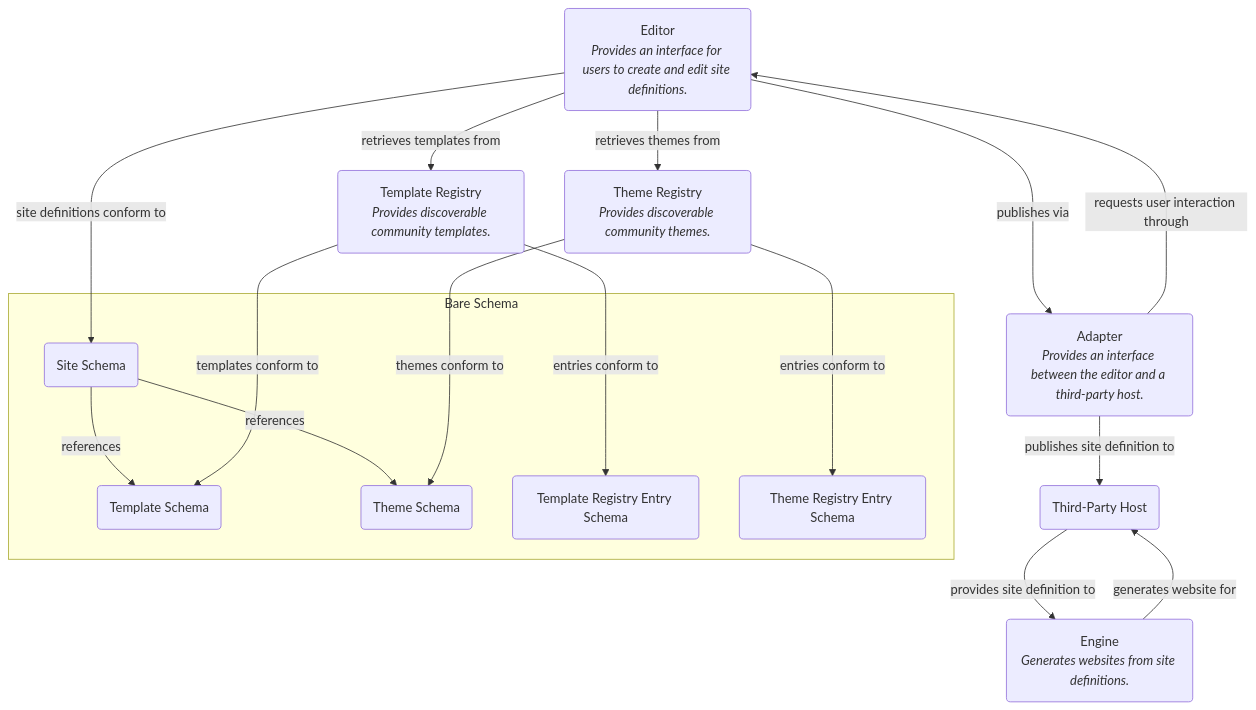
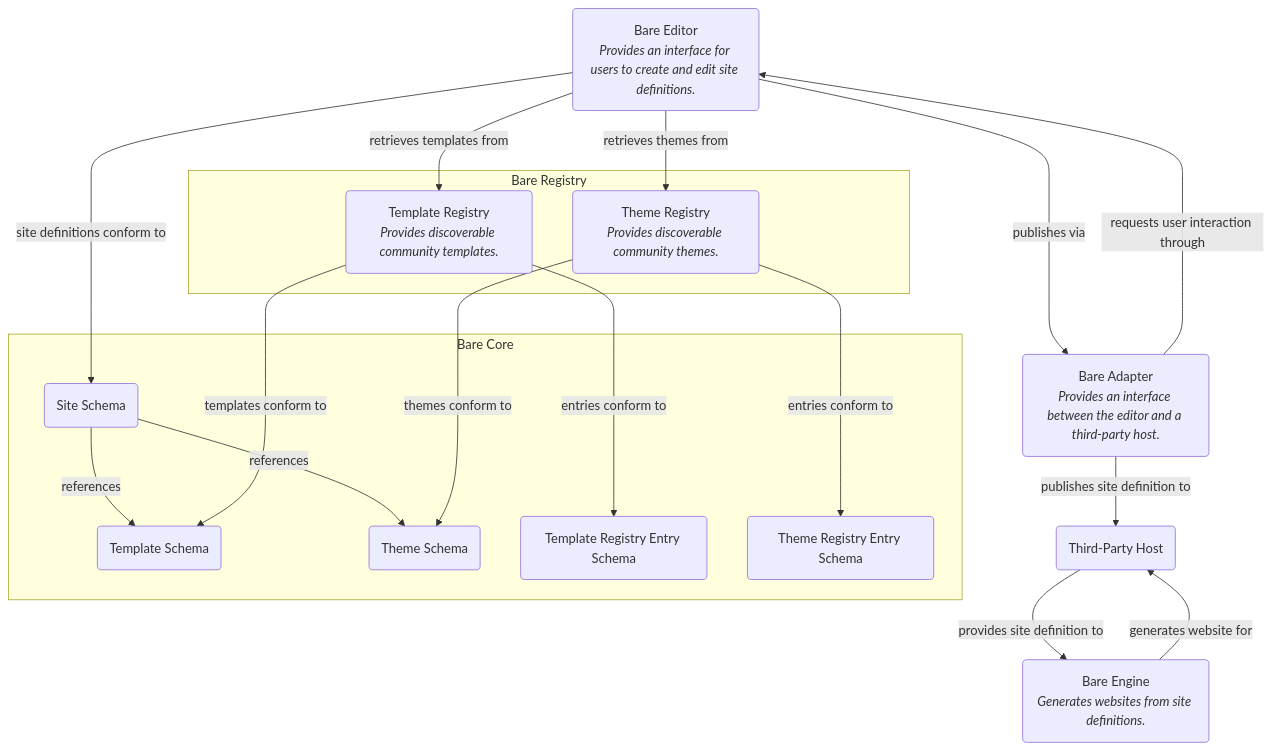
One commit to c4mpbellsoup/bare-core changed the diagram in docs/architecture.md. Above: the diagram before and after it, drawn with Mermaid. The commit also changed 20 other files, not shown here.

````diff
--- a/docs/architecture.md
+++ b/docs/architecture.md
@@ -1,32 +1,35 @@
 ```mermaid
 flowchart TB
-  subgraph Bare Schema
-      A(Site Schema)
-      B(Template Schema)
-      C(Theme Schema)
-      D(Template Registry Entry Schema)
-      E(Theme Registry Entry Schema)
+  subgraph Bare Core
+    A(Site Schema)
+    B(Template Schema)
+    C(Theme Schema)
+    D(Template Registry Entry Schema)
+    E(Theme Registry Entry Schema)
   end
 
-  F(Editor<br><i>Provides an interface for users to create and edit site definitions.</i>)
-  G(Adapter<br><i>Provides an interface between the editor and a third-party host.</i>)
-  H(Engine<br><i>Generates websites from site definitions.)
-  I(Template Registry<br><i>Provides discoverable community templates.</i>)
-  J(Theme Registry<br><i>Provides discoverable community themes.</i>)
+  subgraph Bare Registry
+    F(Template Registry<br><i>Provides discoverable community templates.</i>)
+    G(Theme Registry<br><i>Provides discoverable community themes.</i>)
+  end
+
+  H(Bare Editor<br><i>Provides an interface for users to create and edit site definitions.</i>)
+  I(Bare Adapter<br><i>Provides an interface between the editor and a third-party host.</i>)
+  J(Bare Engine<br><i>Generates websites from site definitions.)
   K(Third-Party Host)
 
   A --> |references| B
   A --> |references| C
-  F --> |site definitions conform to| A
-  F ---> |publishes via| G
-  F --> |retrieves templates from| I
-  F --> |retrieves themes from| J
-  G --> |requests user interaction through| F
-  G --> |publishes site definition to| K
-  H --> |generates website for| K
-  I ---> |templates conform to| B
-  I ---> |entries conform to| D
-  J ---> |themes conform to| C
-  J ---> |entries conform to| E
-  K --> |provides site definition to| H
+  H --> |site definitions conform to| A
+  H ---> |publishes via| I
+  H --> |retrieves templates from| F
+  H --> |retrieves themes from| G
+  I --> |requests user interaction through| H
+  I --> |publishes site definition to| K
+  J --> |generates website for| K
+  F ---> |templates conform to| B
+  F ---> |entries conform to| D
+  G ---> |themes conform to| C
+  G ---> |entries conform to| E
+  K --> |provides site definition to| J
 ```
````
